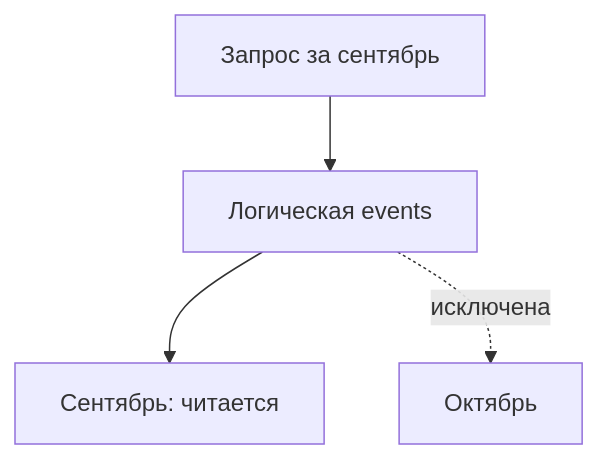
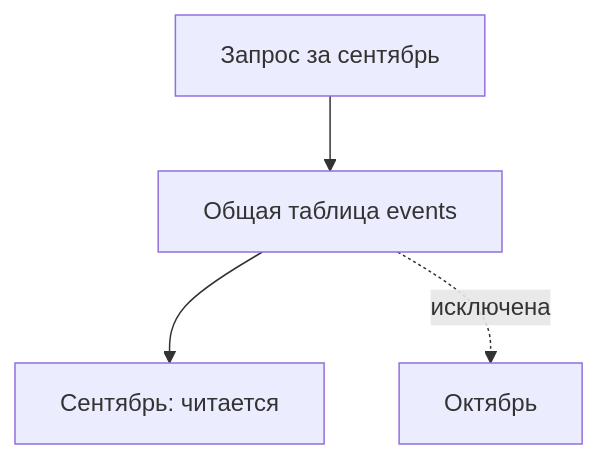
One commit to leary1337/vault changed the diagram in docs/databases/postgresql/partitioning.md. Above: the diagram before and after it, drawn with Mermaid. The commit also changed other lines of this file and 325 other files, not shown here.

````diff
--- a/docs/databases/postgresql/partitioning.md
+++ b/docs/databases/postgresql/partitioning.md
@@ -63,6 +56,6 @@
 ```mermaid
 flowchart TD
-    Query[Запрос за сентябрь] --> Parent[Логическая events]
+    Query[Запрос за сентябрь] --> Parent[Общая таблица events]
     Parent --> Sep[Сентябрь: читается]
     Parent -. исключена .-> Oct[Октябрь]
 ```
````
